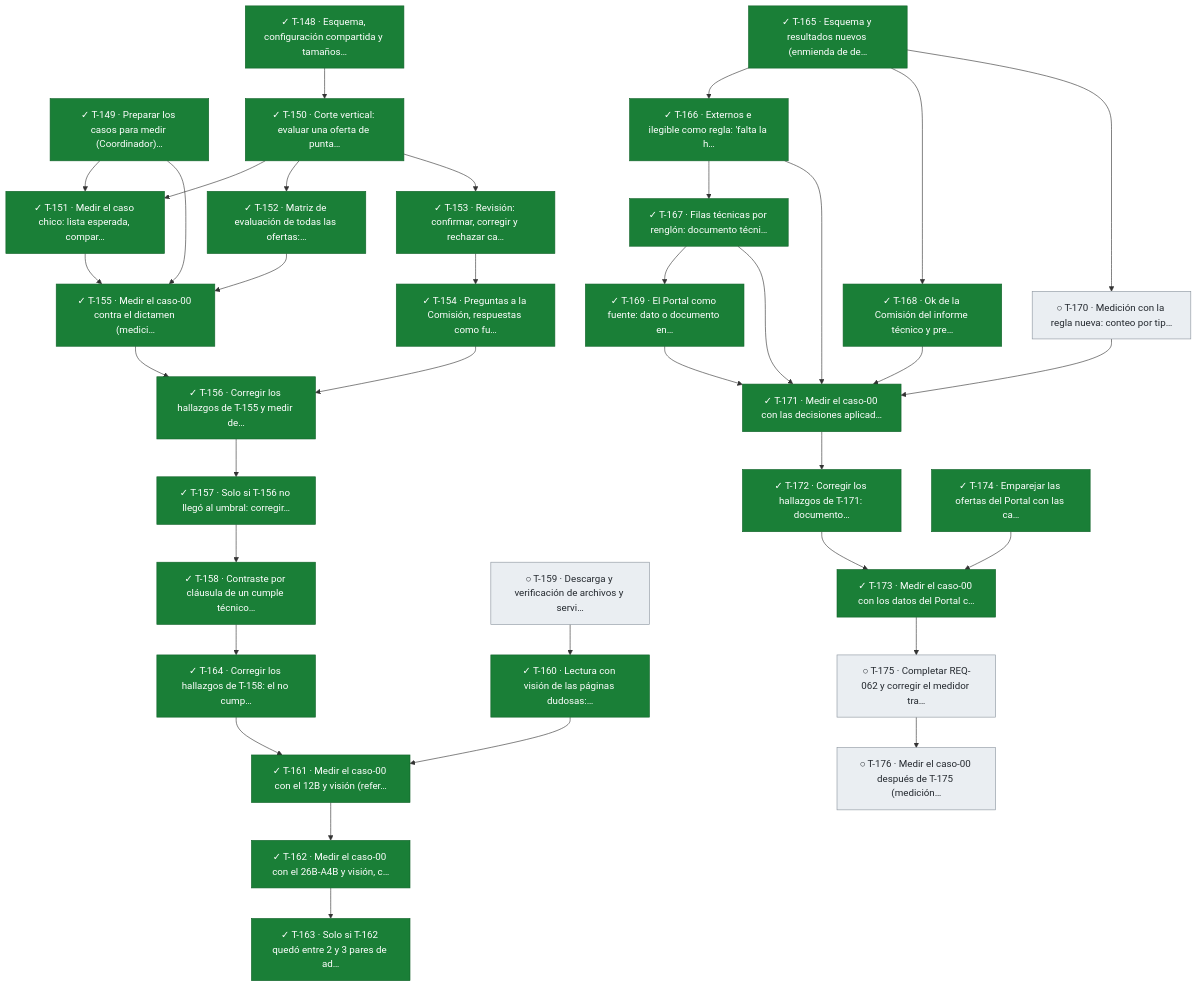
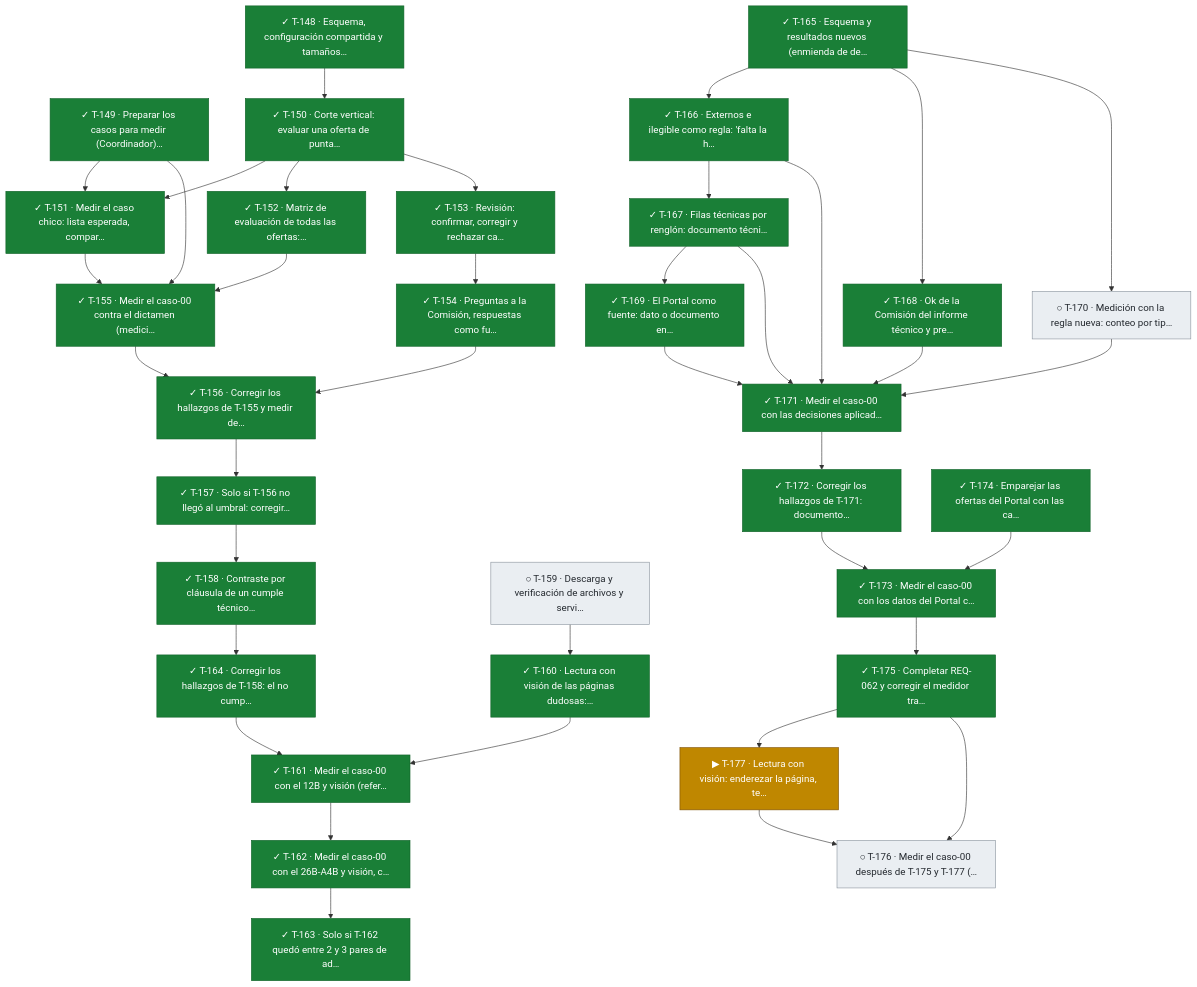
The seventh of 11 diagrams in docs/tablero.md (snavello/EVALUON), drawn with Mermaid before and after one commit. The commit also changed other lines of this file and 1 other file, not shown here.

Commit message:
gestión: T-175 terminada; agrega T-177 (visión) y el detalle de T-176

````diff
--- a/docs/tablero.md
+++ b/docs/tablero.md
@@ -704,71 +705,74 @@
 ```mermaid
 flowchart TD
   T148["✓ T-148 · Esquema, configuración compartida y tamaños…"]:::done
   T149["✓ T-149 · Preparar los casos para medir (Coordinador)…"]:::done
   T150["✓ T-150 · Corte vertical: evaluar una oferta de punta…"]:::done
   T151["✓ T-151 · Medir el caso chico: lista esperada, compar…"]:::done
   T152["✓ T-152 · Matriz de evaluación de todas las ofertas:…"]:::done
   T153["✓ T-153 · Revisión: confirmar, corregir y rechazar ca…"]:::done
   T154["✓ T-154 · Preguntas a la Comisión, respuestas como fu…"]:::done
   T155["✓ T-155 · Medir el caso-00 contra el dictamen (medici…"]:::done
   T156["✓ T-156 · Corregir los hallazgos de T-155 y medir de…"]:::done
   T157["✓ T-157 · Solo si T-156 no llegó al umbral: corregir…"]:::done
   T158["✓ T-158 · Contraste por cláusula de un cumple técnico…"]:::done
   T164["✓ T-164 · Corregir los hallazgos de T-158: el no cump…"]:::done
   T159["○ T-159 · Descarga y verificación de archivos y servi…"]:::todo
   T160["✓ T-160 · Lectura con visión de las páginas dudosas:…"]:::done
   T161["✓ T-161 · Medir el caso-00 con el 12B y visión (refer…"]:::done
   T162["✓ T-162 · Medir el caso-00 con el 26B-A4B y visión, c…"]:::done
   T163["✓ T-163 · Solo si T-162 quedó entre 2 y 3 pares de ad…"]:::done
   T165["✓ T-165 · Esquema y resultados nuevos (enmienda de de…"]:::done
   T166["✓ T-166 · Externos e ilegible como regla: 'falta la h…"]:::done
   T167["✓ T-167 · Filas técnicas por renglón: documento técni…"]:::done
   T168["✓ T-168 · Ok de la Comisión del informe técnico y pre…"]:::done
   T169["✓ T-169 · El Portal como fuente: dato o documento en…"]:::done
   T170["○ T-170 · Medición con la regla nueva: conteo por tip…"]:::todo
   T171["✓ T-171 · Medir el caso-00 con las decisiones aplicad…"]:::done
   T172["✓ T-172 · Corregir los hallazgos de T-171: documento…"]:::done
   T173["✓ T-173 · Medir el caso-00 con los datos del Portal c…"]:::done
   T174["✓ T-174 · Emparejar las ofertas del Portal con las ca…"]:::done
-  T175["○ T-175 · Completar REQ-062 y corregir el medidor tra…"]:::todo
-  T176["○ T-176 · Medir el caso-00 después de T-175 (medición…"]:::todo
+  T175["✓ T-175 · Completar REQ-062 y corregir el medidor tra…"]:::done
+  T177["▶ T-177 · Lectura con visión: enderezar la página, te…"]:::active
+  T176["○ T-176 · Medir el caso-00 después de T-175 y T-177 (…"]:::todo
   T148 --> T150
   T149 --> T151
   T150 --> T151
   T150 --> T152
   T150 --> T153
   T153 --> T154
   T149 --> T155
   T151 --> T155
   T152 --> T155
   T154 --> T156
   T155 --> T156
   T156 --> T157
   T157 --> T158
   T158 --> T164
   T159 --> T160
   T160 --> T161
   T164 --> T161
   T161 --> T162
   T162 --> T163
   T165 --> T166
   T166 --> T167
   T165 --> T168
   T167 --> T169
   T165 --> T170
   T166 --> T171
   T167 --> T171
   T168 --> T171
   T169 --> T171
   T170 --> T171
   T171 --> T172
   T172 --> T173
   T174 --> T173
   T173 --> T175
+  T175 --> T177
   T175 --> T176
+  T177 --> T176
   classDef done fill:#1a7f37,stroke:#116329,color:#ffffff
   classDef review fill:#0969da,stroke:#0550ae,color:#ffffff
   classDef active fill:#bf8700,stroke:#7d4e00,color:#ffffff
   classDef blocked fill:#cf222e,stroke:#a40e26,color:#ffffff
   classDef todo fill:#eaeef2,stroke:#8c959f,color:#24292f
 ```
````
